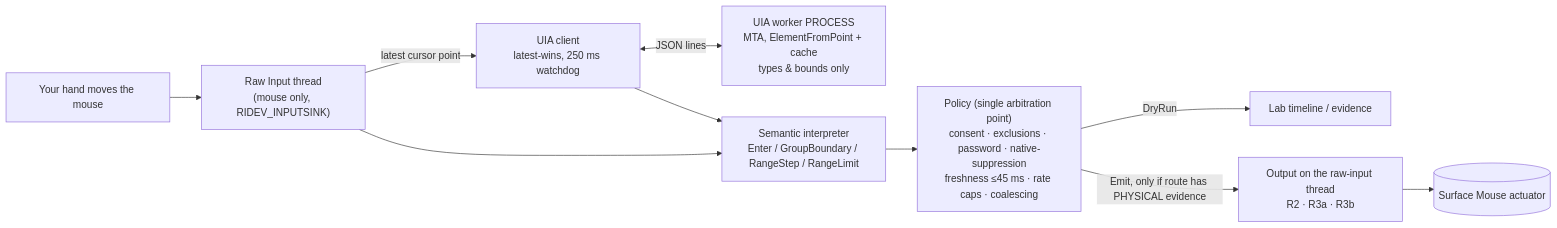
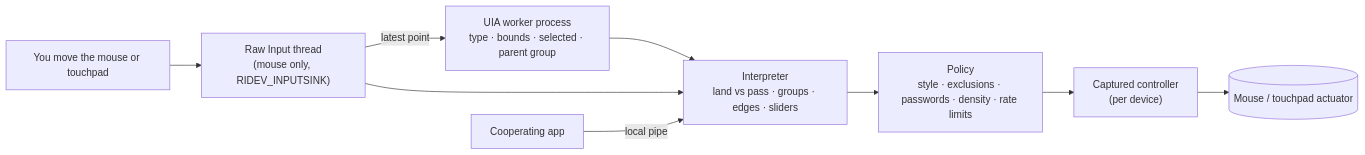
Before and after one commit to shanselman/haptic-outside-labs: the diagram in README.md, drawn with Mermaid. The commit also changed other lines of this file and 26 other files, not shown here.

````diff
--- a/README.md
+++ b/README.md
@@ -83,12 +58,11 @@
 ```mermaid
 flowchart LR
-    U[Your hand moves the mouse] --> RI["Raw Input thread<br/>(mouse only, RIDEV_INPUTSINK)"]
-    RI -->|latest cursor point| UC["UIA client<br/>latest-wins, 250 ms watchdog"]
-    UC <-->|JSON lines| UW["UIA worker PROCESS<br/>MTA, ElementFromPoint + cache<br/>types & bounds only"]
-    UC --> SI["Semantic interpreter<br/>Enter / GroupBoundary / RangeStep / RangeLimit"]
+    U[You move the mouse or touchpad] --> RI["Raw Input thread<br/>(mouse only, RIDEV_INPUTSINK)"]
+    RI -->|latest point| UW["UIA worker process<br/>type · bounds · selected · parent group"]
+    UW --> SI["Interpreter<br/>land vs pass · groups · edges · sliders"]
     RI --> SI
-    SI --> P["Policy (single arbitration point)<br/>consent · exclusions · password · native-suppression<br/>freshness ≤45 ms · rate caps · coalescing"]
-    P -->|DryRun| L[Lab timeline / evidence]
-    P -->|Emit, only if route has PHYSICAL evidence| O["Output on the raw-input thread<br/>R2 · R3a · R3b"]
-    O --> M[(Surface Mouse actuator)]
+    APP[Cooperating app] -->|local pipe| SI
+    SI --> P["Policy<br/>style · exclusions · passwords · density · rate limits"]
+    P --> O["Captured controller<br/>(per device)"]
+    O --> M[(Mouse / touchpad actuator)]
 ```
````
